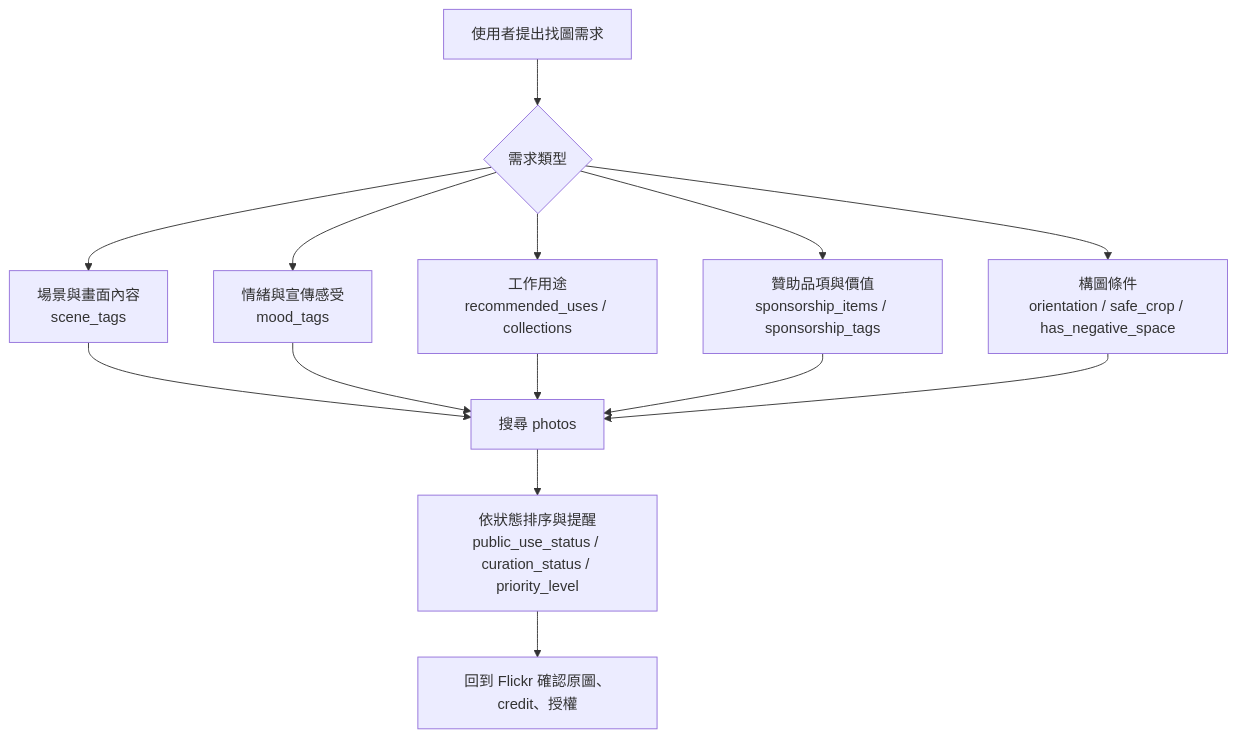
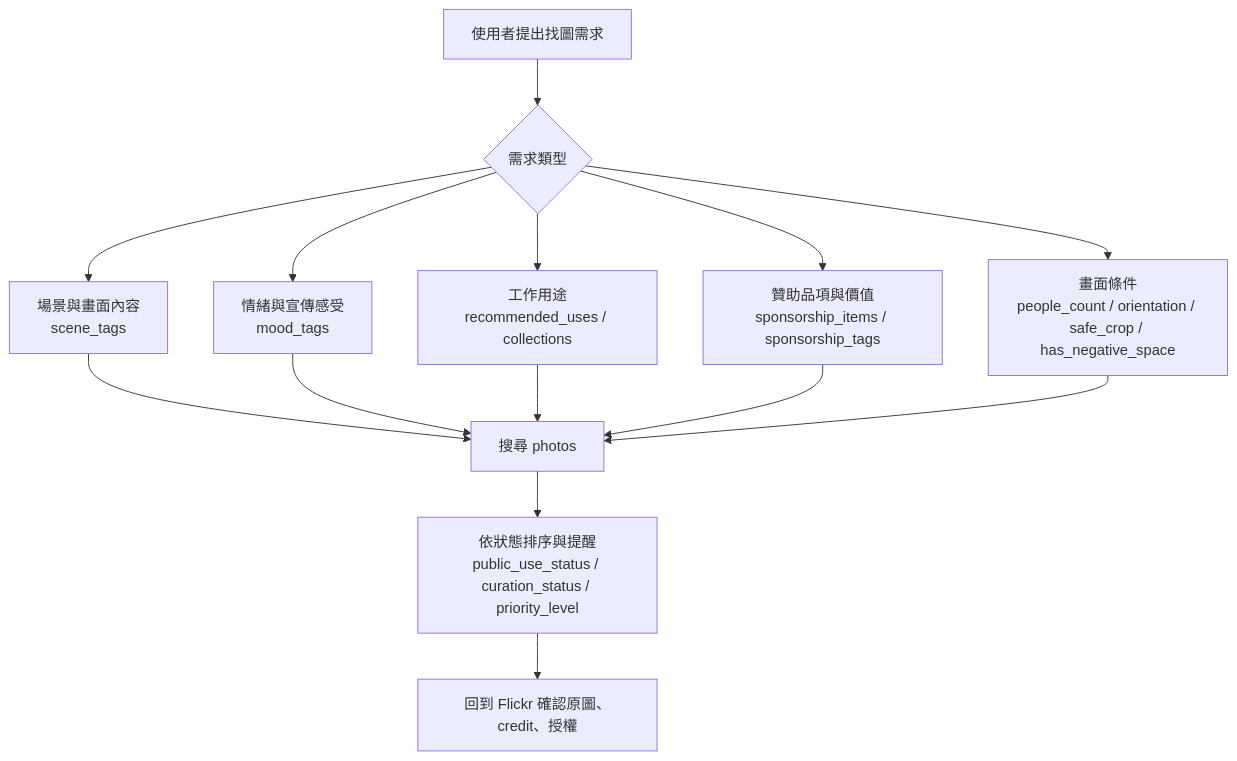
The third of 4 diagrams in docs/project-architecture.md (sitcon-tw/flickr-photo-finder), drawn with Mermaid before and after one commit. The commit also changed 14 other files, not shown here.

Commit message:
feat: add people count photo field

````diff
--- a/docs/project-architecture.md
+++ b/docs/project-architecture.md
@@ -90,21 +90,21 @@
 ```mermaid
 flowchart TD
   A[使用者提出找圖需求]
   B{需求類型}
   C[場景與畫面內容<br/>scene_tags]
   D[情緒與宣傳感受<br/>mood_tags]
   E[工作用途<br/>recommended_uses / collections]
   F[贊助品項與價值<br/>sponsorship_items / sponsorship_tags]
-  G[構圖條件<br/>orientation / safe_crop / has_negative_space]
+  G[畫面條件<br/>people_count / orientation / safe_crop / has_negative_space]
   H[搜尋 photos]
   I[依狀態排序與提醒<br/>public_use_status / curation_status / priority_level]
   J[回到 Flickr 確認原圖、credit、授權]
 
   A --> B
   B --> C --> H
   B --> D --> H
   B --> E --> H
   B --> F --> H
   B --> G --> H
   H --> I --> J
 ```
````
